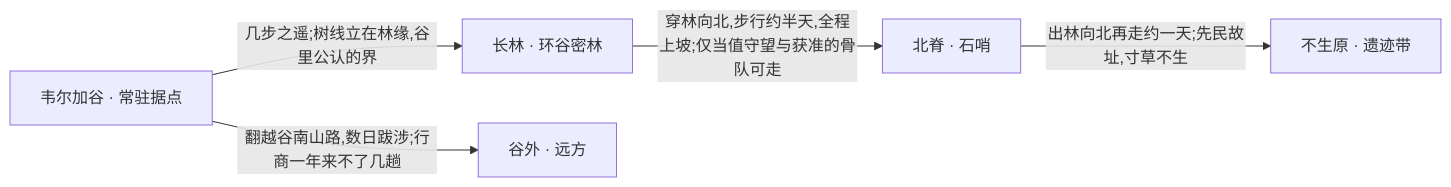
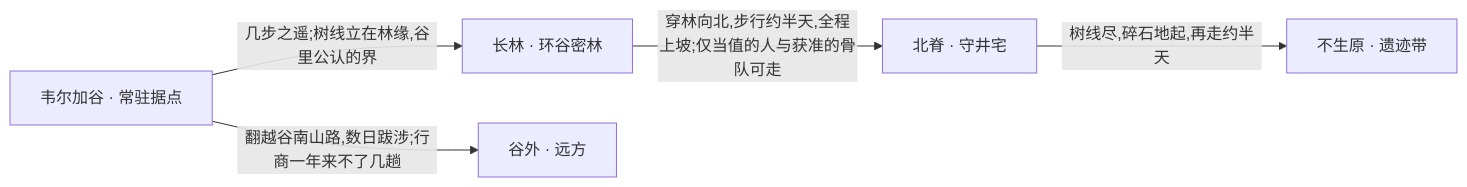
The diagram in campaigns/beyond-the-treeline/world/velga-region.md (Mzihong/coc-keeper-kit), drawn with Mermaid before and after one commit. The commit also changed other lines of this file and 17 other files, not shown here.

````diff
--- a/campaigns/beyond-the-treeline/world/velga-region.md
+++ b/campaigns/beyond-the-treeline/world/velga-region.md
@@ -67,13 +67,13 @@
 ```mermaid
 graph LR
   velga["韦尔加谷 · 常驻据点"]
   forest["长林 · 环谷密林"]
-  ridge["北脊 · 石哨"]
+  ridge["北脊 · 守井宅"]
   barrens["不生原 · 遗迹带"]
   outside["谷外 · 远方"]
 
   velga -->|"几步之遥;树线立在林缘,谷里公认的界"| forest
-  forest -->|"穿林向北,步行约半天,全程上坡;仅当值守望与获准的骨队可走"| ridge
-  ridge -->|"出林向北再走约一天;先民故址,寸草不生"| barrens
+  forest -->|"穿林向北,步行约半天,全程上坡;仅当值的人与获准的骨队可走"| ridge
+  ridge -->|"树线尽,碎石地起,再走约半天"| barrens
   velga -->|"翻越谷南山路,数日跋涉;行商一年来不了几趟"| outside
 ```
````
